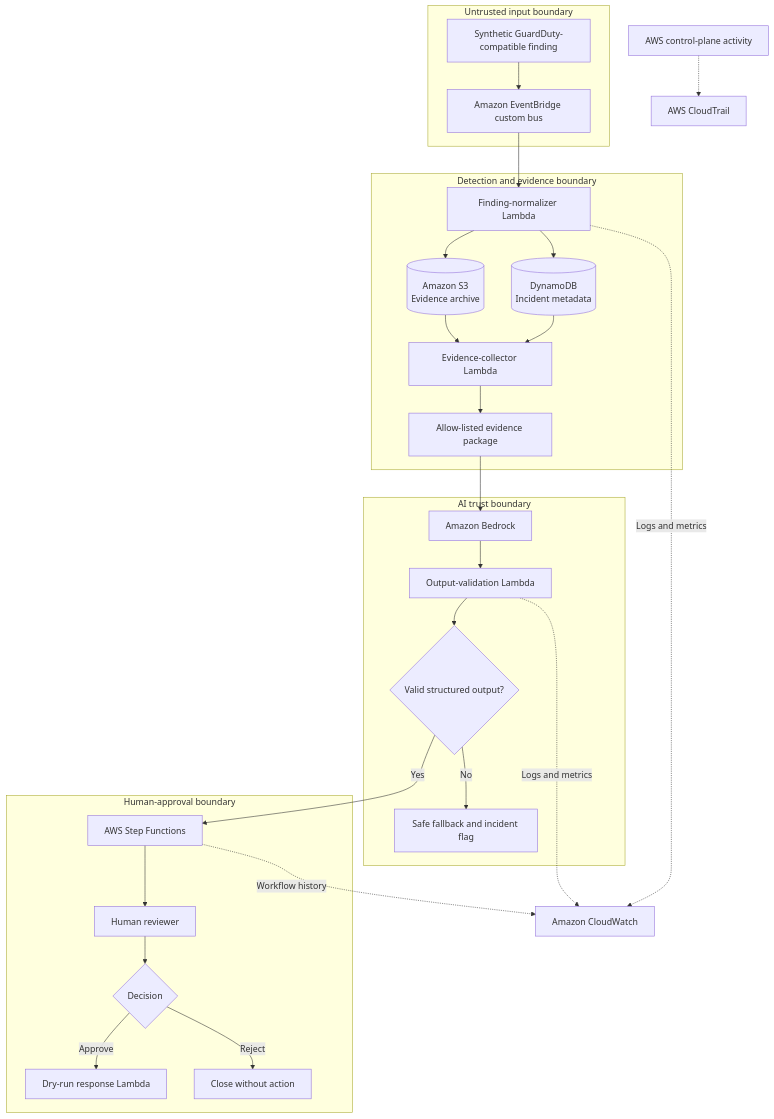
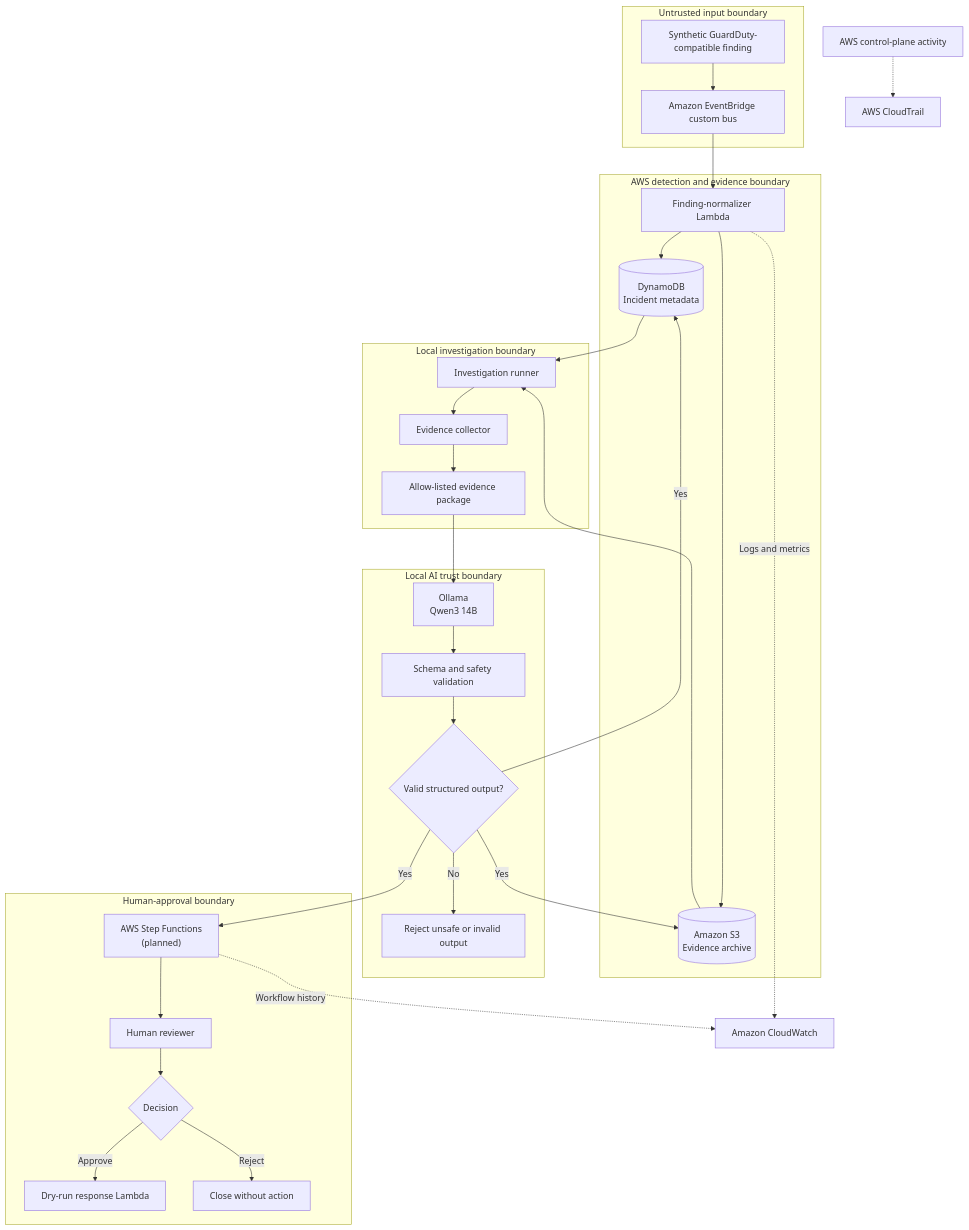
The diagram in docs/architecture.md (danrodcor/ai-cybersecurity-lab), drawn with Mermaid before and after one commit. The commit also changed other lines of this file and 10 other files, not shown here.

Commit message:
feat: add local Ollama investigation workflow

````diff
--- a/docs/architecture.md
+++ b/docs/architecture.md
@@ -13,55 +13,62 @@
 ```mermaid
 flowchart TD
     subgraph Input["Untrusted input boundary"]
         A["Synthetic GuardDuty-compatible finding"]
         B["Amazon EventBridge custom bus"]
         A --> B
     end
 
-    subgraph Processing["Detection and evidence boundary"]
+    subgraph Processing["AWS detection and evidence boundary"]
         C["Finding-normalizer Lambda"]
         D[("DynamoDB<br/>Incident metadata")]
         E[("Amazon S3<br/>Evidence archive")]
-        F["Evidence-collector Lambda"]
-        G["Allow-listed evidence package"]
 
         C --> D
         C --> E
-        D --> F
-        E --> F
-        F --> G
     end
 
-    subgraph AI["AI trust boundary"]
-        H["Amazon Bedrock"]
-        I["Output-validation Lambda"]
-        J{"Valid structured output?"}
-        K["Safe fallback and incident flag"]
+    subgraph Local["Local investigation boundary"]
+        F["Investigation runner"]
+        G["Evidence collector"]
+        H["Allow-listed evidence package"]
 
-        H --> I
+        F --> G
+        G --> H
+    end
+
+    subgraph AI["Local AI trust boundary"]
+        I["Ollama<br/>Qwen3 14B"]
+        J["Schema and safety validation"]
+        K{"Valid structured output?"}
+        T["Reject unsafe or invalid output"]
+
         I --> J
-        J -- "No" --> K
+        J --> K
+        K -- "No" --> T
     end
 
     subgraph Approval["Human-approval boundary"]
-        L["AWS Step Functions"]
+        L["AWS Step Functions<br/>(planned)"]
         M["Human reviewer"]
         N{"Decision"}
         O["Dry-run response Lambda"]
         P["Close without action"]
 
         L --> M
         M --> N
         N -- "Approve" --> O
         N -- "Reject" --> P
     end
 
     B --> C
-    G --> H
-    J -- "Yes" --> L
+    D --> F
+    E --> F
+    H --> I
+    K -- "Yes" --> D
+    K -- "Yes" --> E
+    K -- "Yes" --> L
 
     C -. "Logs and metrics" .-> Q["Amazon CloudWatch"]
-    I -. "Logs and metrics" .-> Q
     L -. "Workflow history" .-> Q
     R["AWS control-plane activity"] -.-> S["AWS CloudTrail"]
 ```
````
